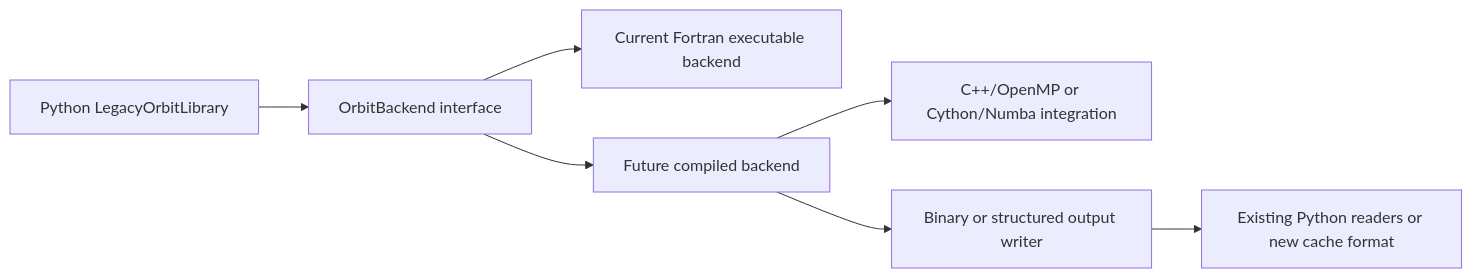
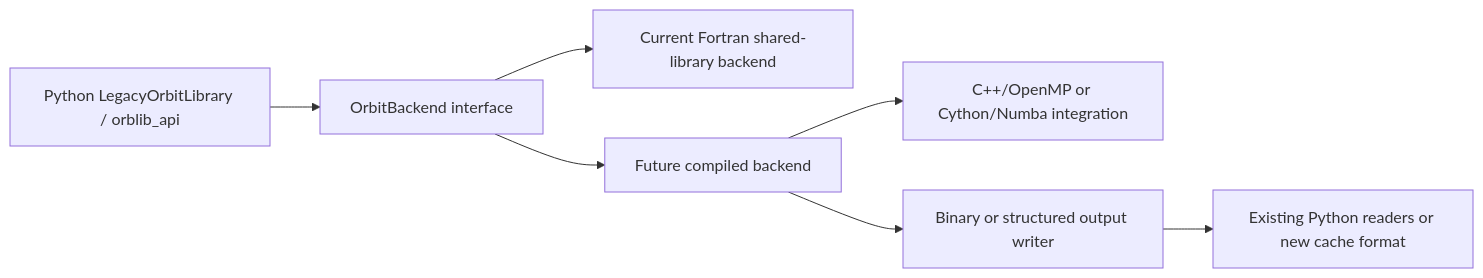
One commit to reinhardullrich/dynamite changed the third of 3 diagrams in aidocs/fortran_orbit_library_engine.md. Above: the diagram before and after it, drawn with Mermaid. The commit also changed other lines of this file and 37 other files, not shown here.

Commit message:
Implement direct shared-library orbit API

````diff
--- a/aidocs/fortran_orbit_library_engine.md
+++ b/aidocs/fortran_orbit_library_engine.md
@@ -456,9 +470,9 @@
 ```mermaid
 flowchart LR
-    A["Python LegacyOrbitLibrary"] --> B["OrbitBackend interface"]
-    B --> C["Current Fortran executable backend"]
+    A["Python LegacyOrbitLibrary / orblib_api"] --> B["OrbitBackend interface"]
+    B --> C["Current Fortran shared-library backend"]
     B --> D["Future compiled backend"]
     D --> E["C++/OpenMP or Cython/Numba integration"]
     D --> F["Binary or structured output writer"]
     F --> G["Existing Python readers or new cache format"]
 ```
````
